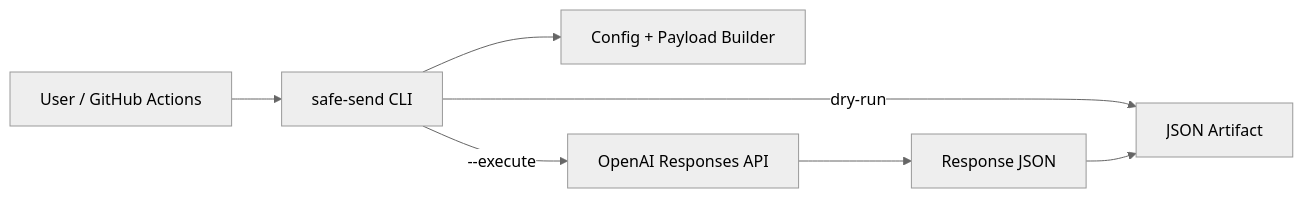
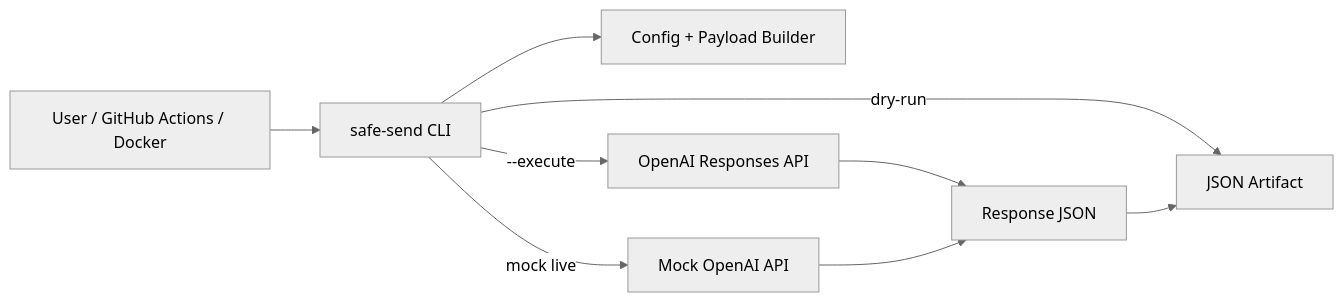
One commit to univcorp2-ctrl/chatgpt-safe-message-sender changed the diagram in README.md. Above: the diagram before and after it, drawn with Mermaid (neutral theme). The commit also changed other lines of this file, not shown here.

````diff
--- a/README.md
+++ b/README.md
@@ -84,9 +100,11 @@
 ```mermaid
 flowchart LR
-    U[User / GitHub Actions] --> CLI[safe-send CLI]
+    U[User / GitHub Actions / Docker] --> CLI[safe-send CLI]
     CLI --> CFG[Config + Payload Builder]
     CLI -->|dry-run| ART[JSON Artifact]
+    CLI -->|mock live| MOCK[Mock OpenAI API]
     CLI -->|--execute| API[OpenAI Responses API]
     API --> RES[Response JSON]
+    MOCK --> RES
     RES --> ART
 ```
````
